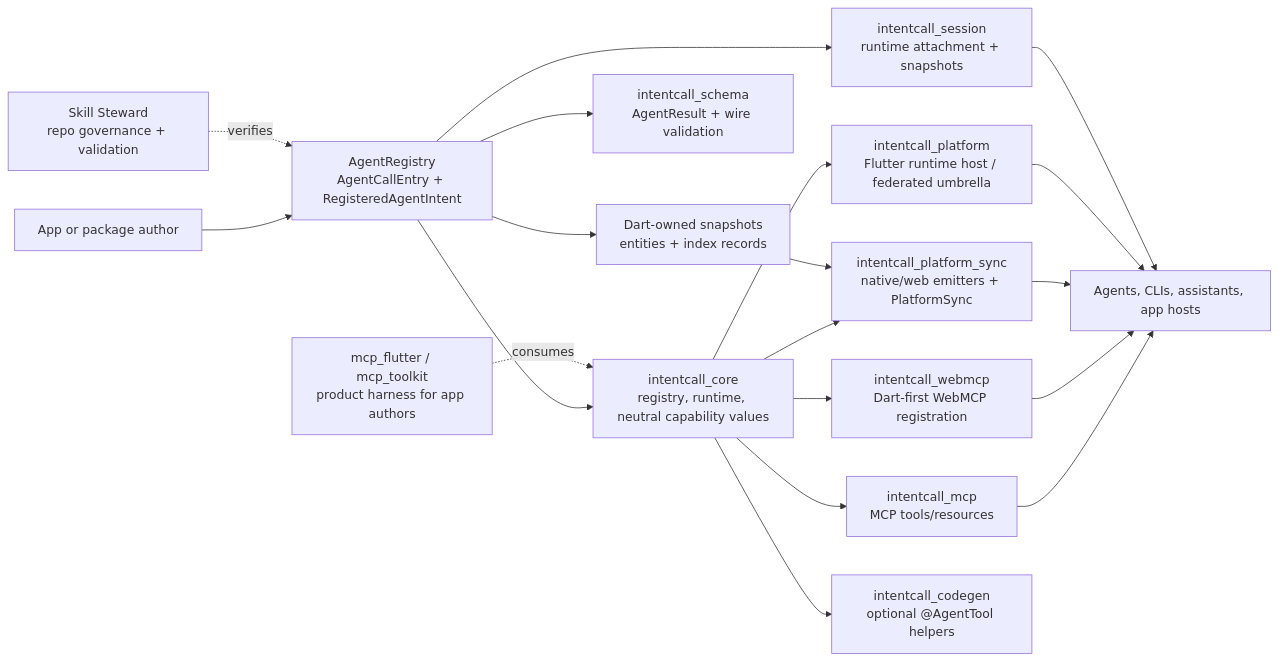
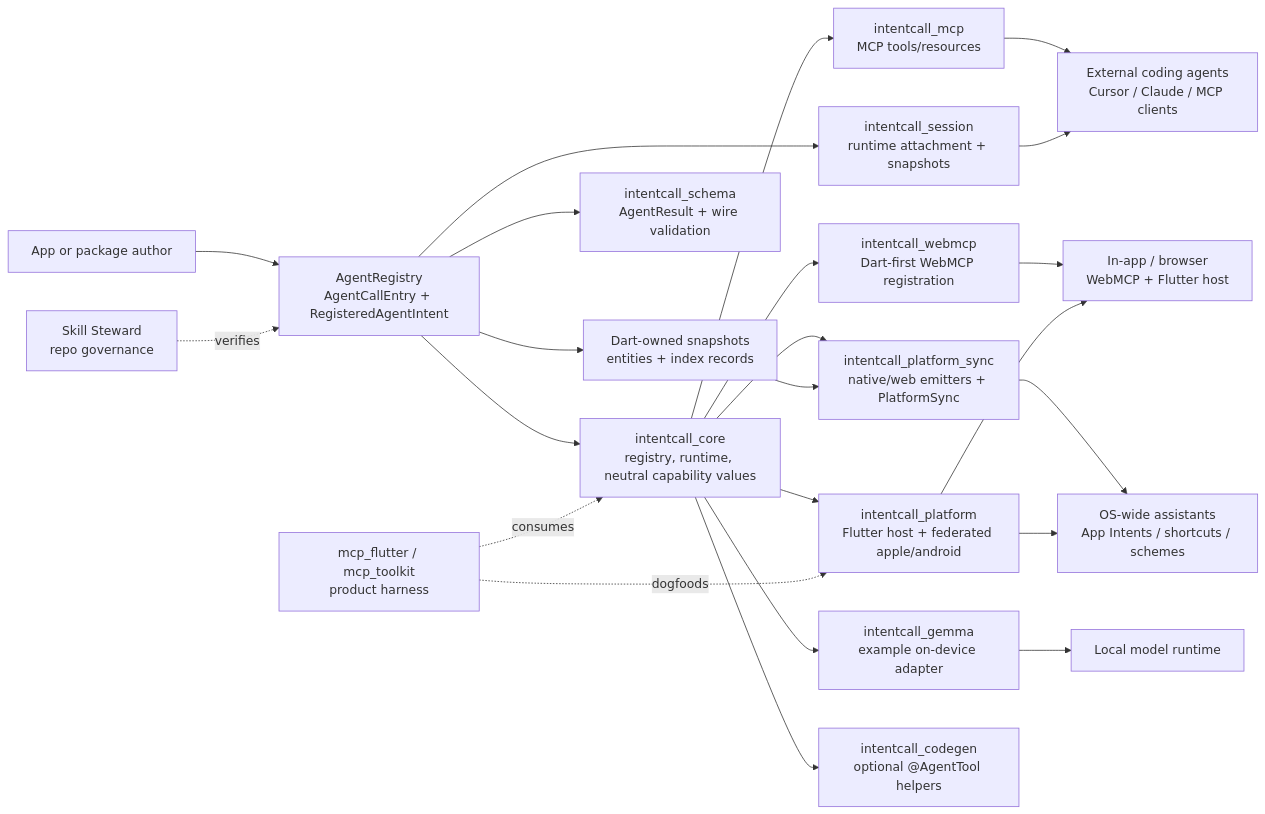
The first of 2 diagrams in docs/start_here/how_it_works.mdx (Arenukvern/intentcall), drawn with Mermaid before and after one commit. The commit also changed other lines of this file and 9 other files, not shown here.

````diff
--- a/docs/start_here/how_it_works.mdx
+++ b/docs/start_here/how_it_works.mdx
@@ -7,21 +9,25 @@
 ```mermaid
 flowchart LR
   author["App or package author"] --> registry["AgentRegistry\nAgentCallEntry + RegisteredAgentIntent"]
   registry --> core["intentcall_core\nregistry, runtime, neutral capability values"]
   registry --> schema["intentcall_schema\nAgentResult + wire validation"]
   registry --> session["intentcall_session\nruntime attachment + snapshots"]
   registry --> entitySnapshot["Dart-owned snapshots\nentities + index records"]
   core --> mcp["intentcall_mcp\nMCP tools/resources"]
   core --> webmcp["intentcall_webmcp\nDart-first WebMCP registration"]
   core --> platformSync["intentcall_platform_sync\nnative/web emitters + PlatformSync"]
-  core --> platform["intentcall_platform\nFlutter runtime host / federated umbrella"]
+  core --> platform["intentcall_platform\nFlutter host + federated apple/android"]
+  core --> gemma["intentcall_gemma\nexample on-device adapter"]
   core --> codegen["intentcall_codegen\noptional @AgentTool helpers"]
   entitySnapshot --> platformSync
-  mcp --> callers["Agents, CLIs, assistants, app hosts"]
-  webmcp --> callers
-  platformSync --> callers
-  platform --> callers
-  session --> callers
-  toolkit["mcp_flutter / mcp_toolkit\nproduct harness for app authors"] -. consumes .-> core
-  steward["Skill Steward\nrepo governance + validation"] -. verifies .-> registry
+  mcp --> external["External coding agents\nCursor / Claude / MCP clients"]
+  webmcp --> inapp["In-app / browser\nWebMCP + Flutter host"]
+  platform --> inapp
+  platformSync --> os["OS-wide assistants\nApp Intents / shortcuts / schemes"]
+  platform --> os
+  gemma --> local["Local model runtime"]
+  session --> external
+  toolkit["mcp_flutter / mcp_toolkit\nproduct harness"] -. consumes .-> core
+  toolkit -. dogfoods .-> platform
+  steward["Skill Steward\nrepo governance"] -. verifies .-> registry
 ```
````
